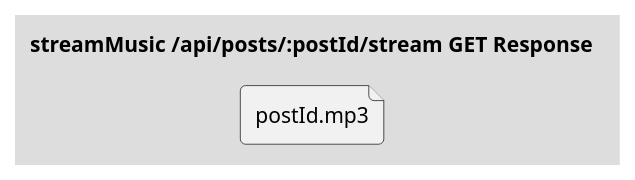
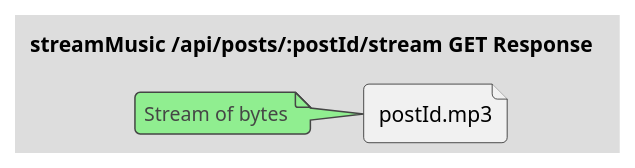
Before and after one commit to crah-app/diagrams: the second of 2 diagrams in api/src/Posts/:postId/stream/GET/streamMusic.puml, drawn with PlantUML. The commit also changed other lines of this file and 16 other files, not shown here.

```diff
--- a/api/src/Posts/:postId/stream/GET/streamMusic.puml
+++ b/api/src/Posts/:postId/stream/GET/streamMusic.puml
@@ -5,5 +6,11 @@
 @startuml streamMusic-Response
 !theme toy
+skinparam linetype ortho
 title "streamMusic /api/posts/:postId/stream GET Response"
+
 file "postId.mp3"
+
+note left of "postId.mp3"
+    Stream of bytes
+end note
 @enduml
```
